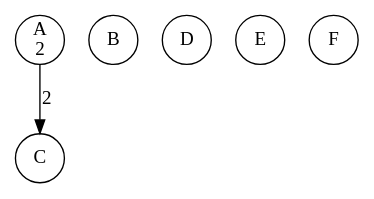
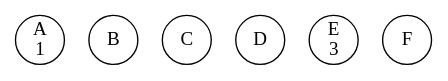
Before and after one commit to li23179/GO: the diagram in concurrency-lab-2/bank/out/0000000001.gv, drawn with Graphviz. The commit also changed 25 other files, not shown here.

```diff
--- a/concurrency-lab-2/bank/out/0000000001.gv
+++ b/concurrency-lab-2/bank/out/0000000001.gv
@@ -1,9 +1,8 @@
 digraph bank {
-	 0 [label= "A\n2" , pos= "1,0!" , shape=circle, fixedsize=true, width=0.5 ]
+	 0 [label= "A\n1" , pos= "1,0!" , shape=circle, fixedsize=true, width=0.5 ]
 	 1 [label= "B\n" , pos= "0,1!" , shape=circle, fixedsize=true, width=0.5 ]
 	 2 [label= "C\n" , pos= "1,2!" , shape=circle, fixedsize=true, width=0.5 ]
 	 3 [label= "D\n" , pos= "2,2!" , shape=circle, fixedsize=true, width=0.5 ]
-	 4 [label= "E\n" , pos= "3,1!" , shape=circle, fixedsize=true, width=0.5 ]
+	 4 [label= "E\n3" , pos= "3,1!" , shape=circle, fixedsize=true, width=0.5 ]
 	 5 [label= "F\n" , pos= "2,0!" , shape=circle, fixedsize=true, width=0.5 ]
-	 "0" -> "2" [label= "2" ]
 }
```
